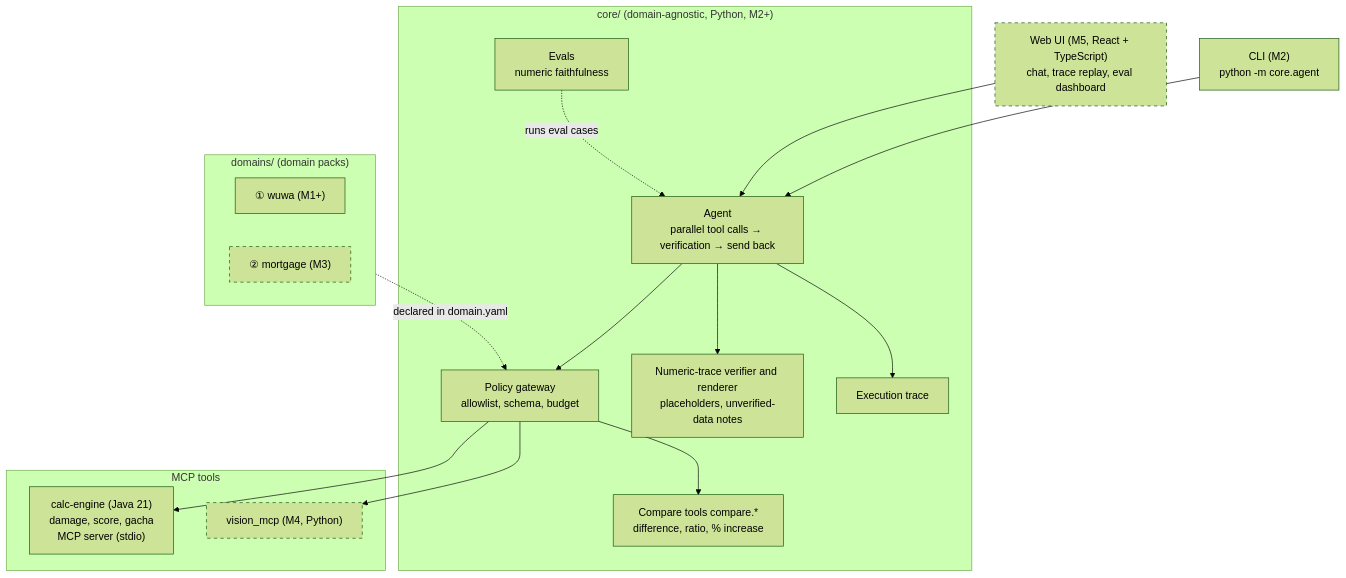
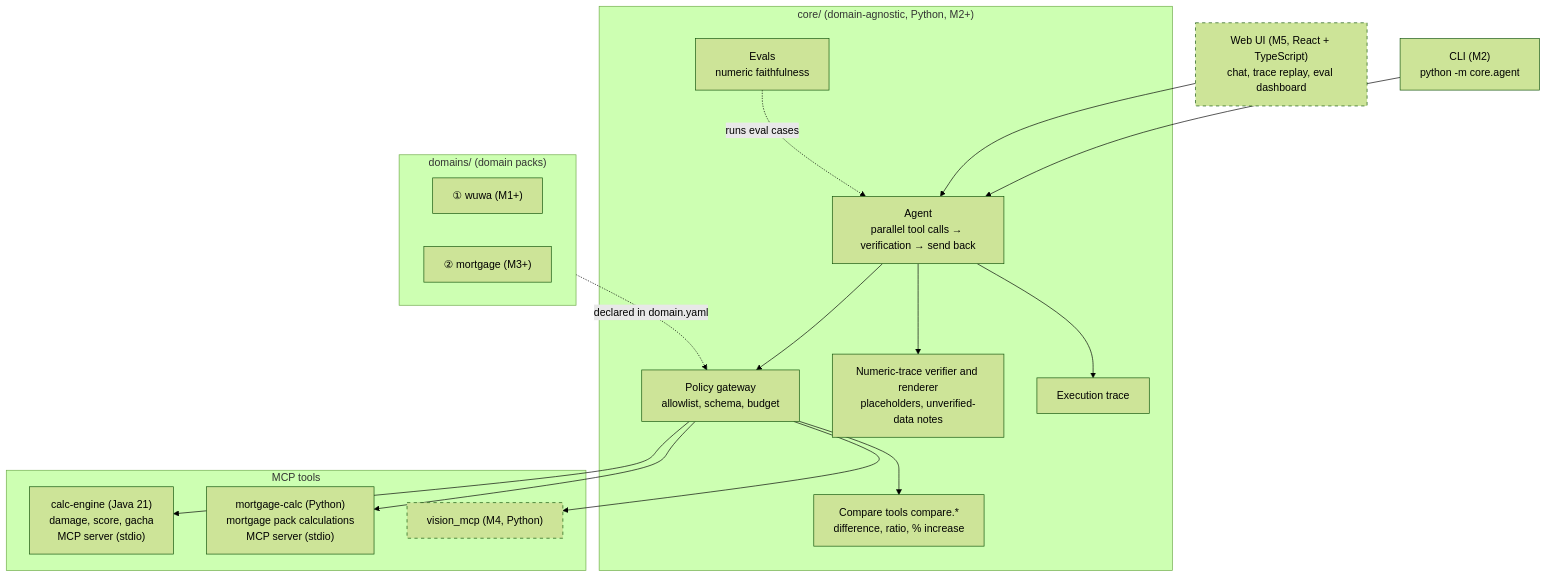
The first of 2 diagrams in docs/architecture.en.md (hexinlong9981/echolab), drawn with Mermaid (forest theme) before and after one commit. The commit also changed other lines of this file and 41 other files, not shown here.

````diff
--- a/docs/architecture.en.md
+++ b/docs/architecture.en.md
@@ -13,31 +13,32 @@
 ```mermaid
 flowchart TB
   CLI["CLI (M2)<br/>python -m core.agent"]
   UI["Web UI (M5, React + TypeScript)<br/>chat, trace replay, eval dashboard"]
   subgraph core["core/ (domain-agnostic, Python, M2+)"]
     AG["Agent<br/>parallel tool calls → verification → send back"]
     GW["Policy gateway<br/>allowlist, schema, budget"]
     VF["Numeric-trace verifier and renderer<br/>placeholders, unverified-data notes"]
     CMP["Compare tools compare.*<br/>difference, ratio, % increase"]
     EV["Evals<br/>numeric faithfulness"]
     TR["Execution trace"]
   end
   subgraph tools["MCP tools"]
     CE["calc-engine (Java 21)<br/>damage, score, gacha<br/>MCP server (stdio)"]
+    MC["mortgage-calc (Python)<br/>mortgage pack calculations<br/>MCP server (stdio)"]
     VM["vision_mcp (M4, Python)"]
   end
   subgraph domains["domains/ (domain packs)"]
     D1["① wuwa (M1+)"]
-    D3["② mortgage (M3)"]
+    D3["② mortgage (M3+)"]
   end
   CLI --> AG
   UI --> AG
-  AG --> GW --> CE & CMP & VM
+  AG --> GW --> CE & MC & CMP & VM
   AG --> VF
   AG --> TR
   domains -. "declared in domain.yaml" .-> GW
   EV -. "runs eval cases" .-> AG
 
   classDef planned stroke-dasharray: 5 5
-  class UI,VM,D3 planned
+  class UI,VM planned
 ```
````
